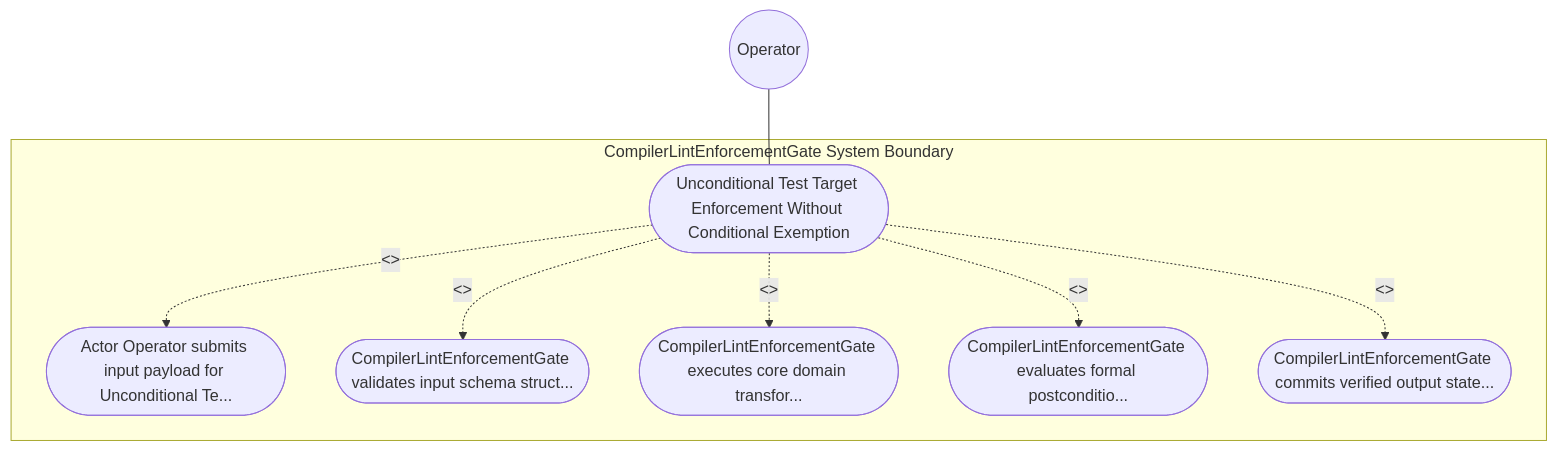
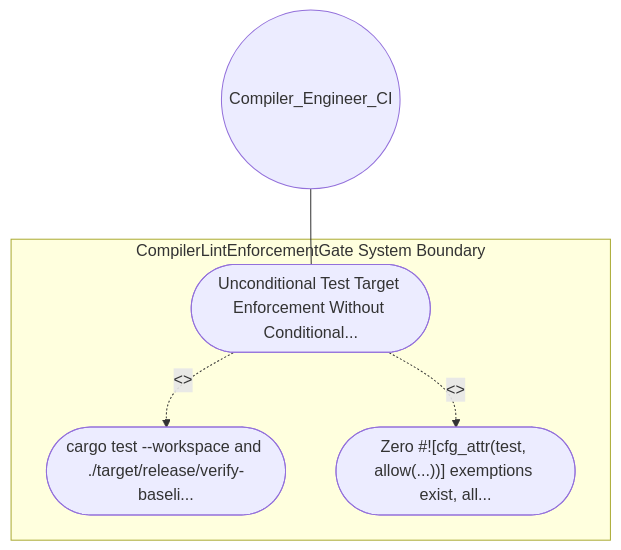
Before and after one commit to gintatkinson/DEAP01-spec-core: the diagram in .pipeline/upstream/docs/use-cases/UC-03-Unconditional_Test_Target_Enforcement_Without_Conditional_Exemption.md, drawn with Mermaid. The commit also changed other lines of this file and 213 other files, not shown here.

````diff
--- a/.pipeline/upstream/docs/use-cases/UC-03-Unconditional_Test_Target_Enforcement_Without_Conditional_Exemption.md
+++ b/.pipeline/upstream/docs/use-cases/UC-03-Unconditional_Test_Target_Enforcement_Without_Conditional_Exemption.md
@@ -16,17 +16,11 @@
 ```mermaid
 graph TD
     subgraph "CompilerLintEnforcementGate System Boundary"
-        UC_Main(["Unconditional Test Target Enforcement Without Conditional Exemption"])
-        UC_Step01(["Actor Operator submits input payload for Unconditional Te..."])
-        UC_Step02(["CompilerLintEnforcementGate validates input schema struct..."])
-        UC_Step03(["CompilerLintEnforcementGate executes core domain transfor..."])
-        UC_Step04(["CompilerLintEnforcementGate evaluates formal postconditio..."])
-        UC_Step05(["CompilerLintEnforcementGate commits verified output state..."])
+        UC_Main(["Unconditional Test Target Enforcement Without Conditional..."])
+        UC_Step01(["cargo test --workspace and ./target/release/verify-baseli..."])
+        UC_Step02(["Zero #![cfg_attr(test, allow(...))] exemptions exist, all..."])
     end
-    Operator(("Operator")) --- UC_Main
+    Compiler_Engineer_CI(("Compiler_Engineer_CI")) --- UC_Main
     UC_Main -. "<<include>>" .-> UC_Step01
     UC_Main -. "<<include>>" .-> UC_Step02
-    UC_Main -. "<<include>>" .-> UC_Step03
-    UC_Main -. "<<include>>" .-> UC_Step04
-    UC_Main -. "<<include>>" .-> UC_Step05
 ```
````
